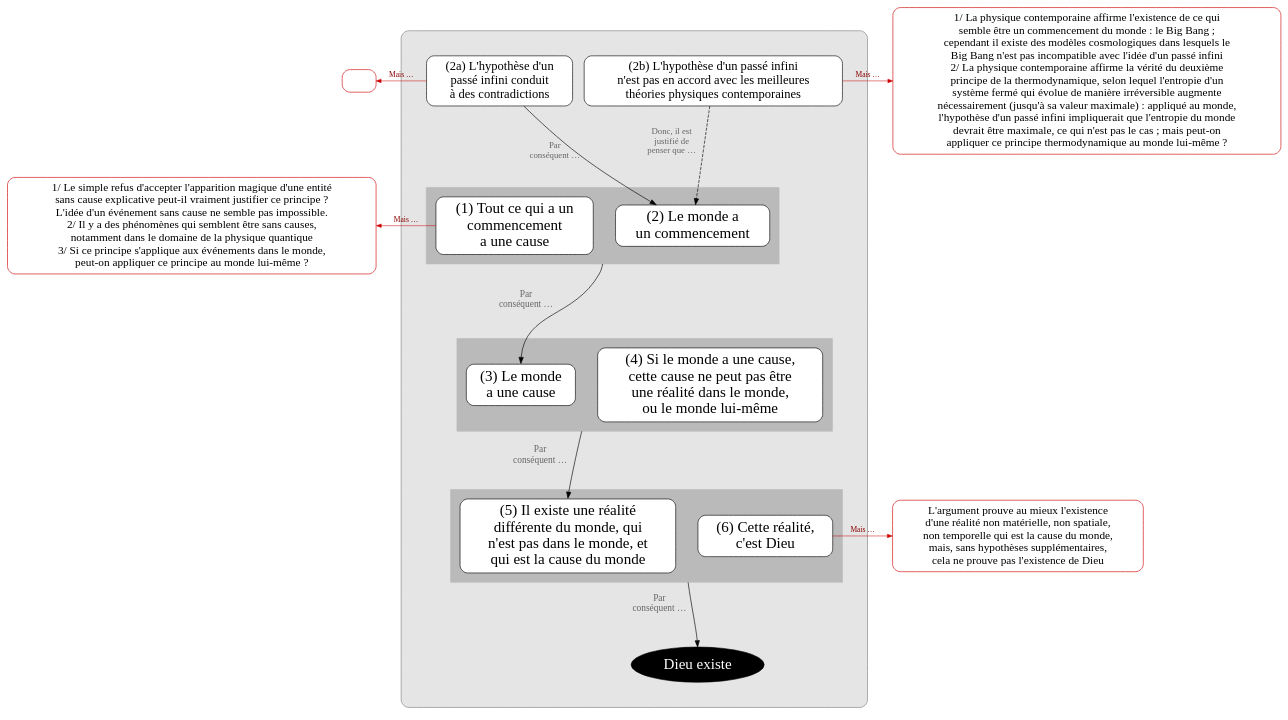
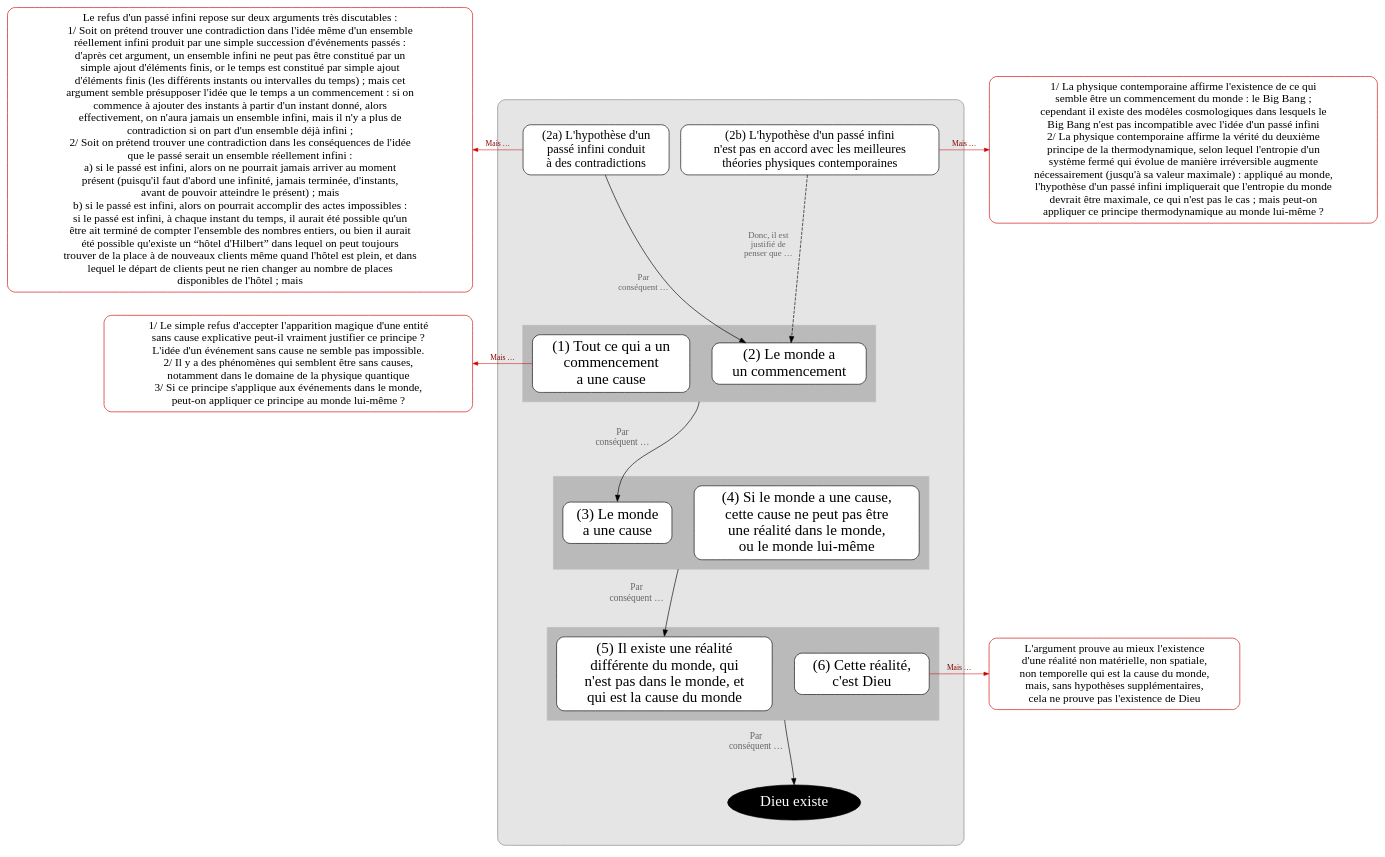
One commit to eyssette/graphviz-examples changed the diagram in argument/argument-cosmologique2.dot. Above: the diagram before and after it, drawn with Graphviz.

```diff
--- a/argument/argument-cosmologique2.dot
+++ b/argument/argument-cosmologique2.dot
@@ -1,138 +1,159 @@
 digraph G {
 splines=true
 newrank=true
 compound=true
 
 
 node[color=red3, style="rounded, filled", shape="box", fillcolor=white, penwidth=1, fontcolor=black, fontsize=18, margin=0.1]
 
-o2a[label=""]
+o2a[label="Le refus d'un passé infini repose sur deux arguments très discutables :
+1/ Soit on prétend trouver une contradiction dans l'idée même d'un ensemble 
+réellement infini produit par une simple succession d'événements passés : 
+d'après cet argument, un ensemble infini ne peut pas être constitué par un 
+simple ajout d'éléments finis, or le temps est constitué par simple ajout 
+d'éléments finis (les différents instants ou intervalles du temps) ; mais cet 
+argument semble présupposer l'idée que le temps a un commencement : si on 
+commence à ajouter des instants à partir d'un instant donné, alors 
+effectivement, on n'aura jamais un ensemble infini, mais il n'y a plus de 
+contradiction si on part d'un ensemble déjà infini ;
+2/ Soit on prétend trouver une contradiction dans les conséquences de l'idée 
+que le passé serait un ensemble réellement infini :
+a) si le passé est infini, alors on ne pourrait jamais arriver au moment 
+présent (puisqu'il faut d'abord une infinité, jamais terminée, d'instants, 
+avant de pouvoir atteindre le présent) ; mais
+b) si le passé est infini, alors on pourrait accomplir des actes impossibles : 
+si le passé est infini, à chaque instant du temps, il aurait été possible qu'un 
+être ait terminé de compter l'ensemble des nombres entiers, ou bien il aurait 
+été possible qu'existe un “hôtel d'Hilbert” dans lequel on peut toujours 
+trouver de la place à de nouveaux clients même quand l'hôtel est plein, et dans 
+lequel le départ de clients peut ne rien changer au nombre de places 
+disponibles de l'hôtel ; mais "]
 
 o1[label="1/ Le simple refus d'accepter l'apparition magique d'une entité
 sans cause explicative peut-il vraiment justifier ce principe ?
 L'idée d'un événement sans cause ne semble pas impossible.
 2/ Il y a des phénomènes qui semblent être sans causes,
 notamment dans le domaine de la physique quantique
 3/ Si ce principe s'applique aux événements dans le monde,
 peut-on appliquer ce principe au monde lui-même ?"]
 
 node[shape=box, fillcolor=white, style="filled,rounded", color=black, fontsize=24, penwidth=1,fontcolor=black, margin=0.1]
 edge[minlen=2,color=red3, penwidth=0.8, arrowsize=0.8, label=" Mais …", fontcolor=red4,fontsize=12]
 {rank=same;o1->p1[dir=back]}
 
 
 
 
 subgraph cluster_0 {
 bgcolor=grey90
 style=rounded
 color=grey50
 margin=40
 
 
 
 node[shape=box, fillcolor=white, style="filled,rounded", color=black]
 edge[label="",xlabel="Par
 conséquent …",fontcolor=grey40;fontsize=15,minlen=3,color=black,penwidth=1, arrowsize=1]
 
 
 {
 node[fontsize=20]
 p2b[label="(2b) L'hypothèse d'un passé infini
 n'est pas en accord avec les meilleures
 théories physiques contemporaines"]
 p2a[label="(2a) L'hypothèse d'un
 passé infini conduit 
 à des contradictions"]
 }
 
 p2a->p2[minlen=1, fontsize=14]
 p2b->p2[style="dashed", xlabel="Donc, il est
 justifié de
 penser que …",minlen=1, fontsize=14]
 
 subgraph cluster_1 {
 style="box"
 margin=15
 bgcolor=grey73
 color=grey73
 p1[label="(1) Tout ce qui a un
 commencement
 a une cause"]
 
 p2[label="(2) Le monde a
 un commencement"]
 }
 
 //p1->p2[style=invis,xlabel="",minlen=1]
 {rank=same;p1->p2[style=invis,xlabel="",minlen=1]}
 
 p2:w->p3:n[ltail=cluster_1]
 //p2:w->p3:n[ltail=cluster_1]
 
 
 subgraph cluster_2 {
 style="box"
 margin=15
 bgcolor=grey73
 color=grey73
 p3[label="(3) Le monde
 a une cause"]
 p4[label="(4) Si le monde a une cause,
 cette cause ne peut pas être
 une réalité dans le monde,
 ou le monde lui-même"]
 }
 {rank=same;p3->p4[style=invis,xlabel="",minlen=1]}
 
 p4:w->p5:n[ltail=cluster_2]
 
 
 subgraph cluster_3 {
 style="box"
 margin=15
 bgcolor=grey73
 color=grey73
 p5[label="(5) Il existe une réalité
 différente du monde, qui
 n'est pas dans le monde, et
 qui est la cause du monde"]
 p6[label="(6) Cette réalité,
 c'est Dieu"]
 }
 
 {rank=same;p5->p6[style=invis,xlabel="",minlen=1]}
 
 p6:w->C:n[ltail=cluster_3]
 
 C[label="Dieu existe",fillcolor=black, fontcolor=white, color=black, shape=ellipse]
 
 
 }
 
 node[color=red3, style="rounded, filled", shape="box", fillcolor=white, penwidth=1, fontcolor=black, fontsize=18, margin=0.1]
 
 o2b[label="1/ La physique contemporaine affirme l'existence de ce qui
 semble être un commencement du monde : le Big Bang ;
 cependant il existe des modèles cosmologiques dans lesquels le
 Big Bang n'est pas incompatible avec l'idée d'un passé infini
 2/ La physique contemporaine affirme la vérité du deuxième
 principe de la thermodynamique, selon lequel l'entropie d'un
 système fermé qui évolue de manière irréversible augmente
 nécessairement (jusqu'à sa valeur maximale) : appliqué au monde,
 l'hypothèse d'un passé infini impliquerait que l'entropie du monde
 devrait être maximale, ce qui n'est pas le cas ; mais peut-on
 appliquer ce principe thermodynamique au monde lui-même ?"]
 {rank=same;p2b->o2b}
 
 o6[label="L'argument prouve au mieux l'existence
 d'une réalité non matérielle, non spatiale,
 non temporelle qui est la cause du monde,
 mais, sans hypothèses supplémentaires,
 cela ne prouve pas l'existence de Dieu"]
 {rank=same;p6->o6}
 
 
 {rank=same;o2a->p2a[dir=back]}
 
 }
```
